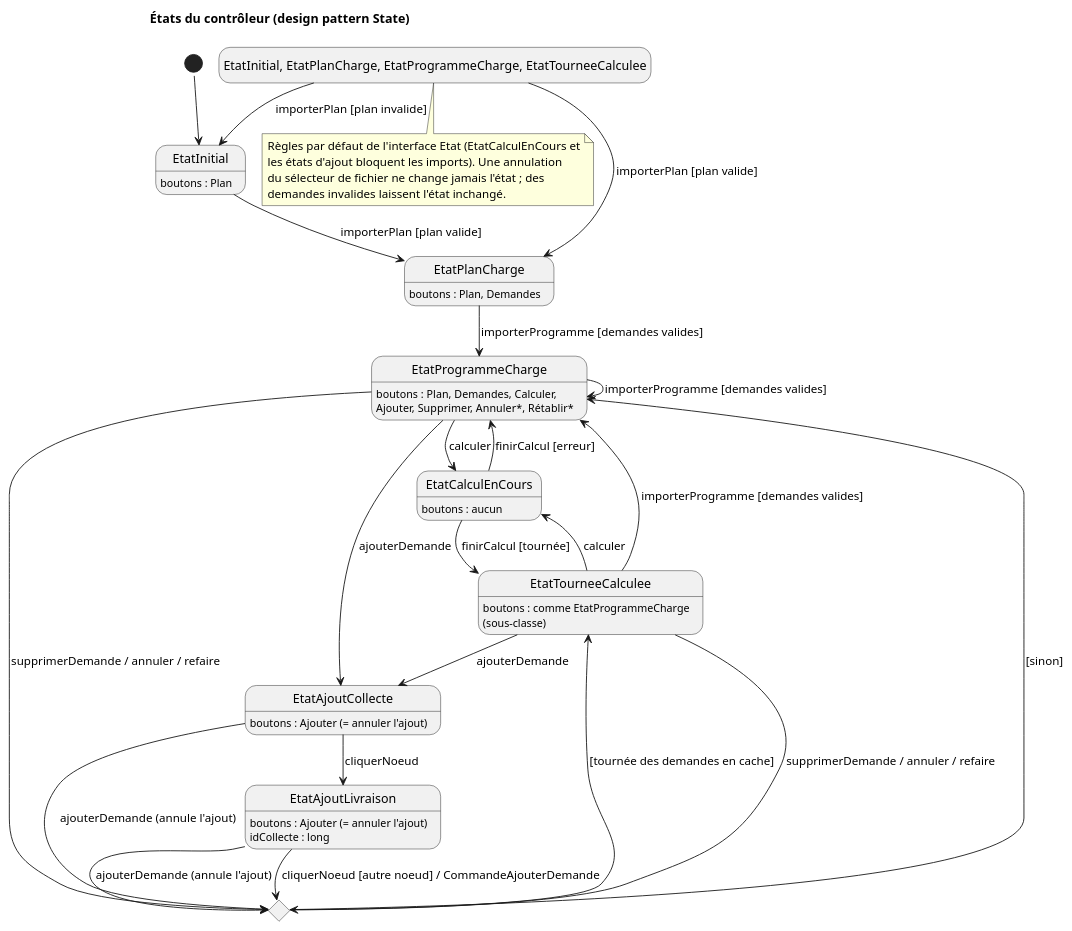
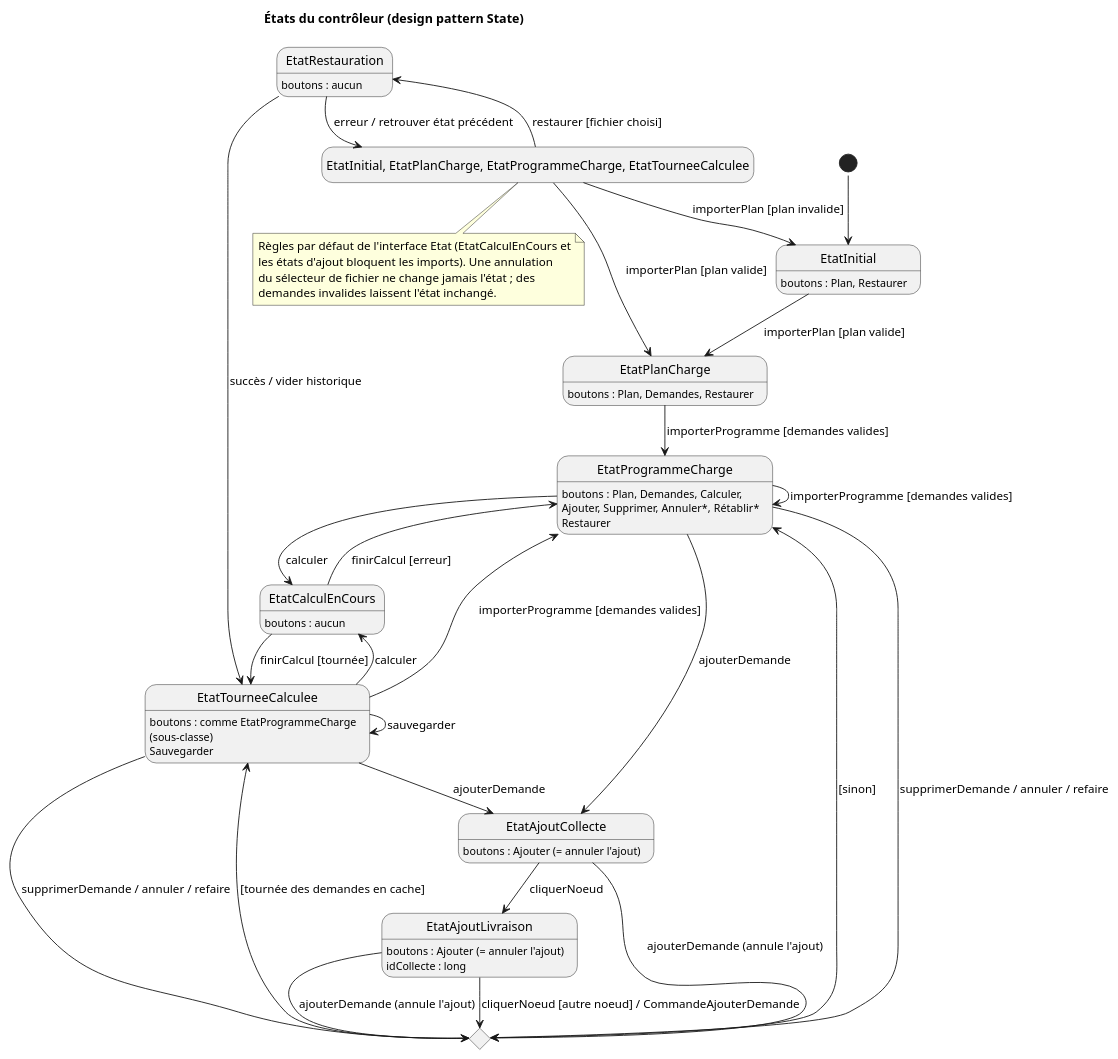
The diagram in docs/diagrams/etats-controleur.puml (tristanhp/Optimod-Lyon), drawn with PlantUML before and after one commit. The commit also changed 19 other files, not shown here.

Commit message:
ajout de sauvegarder tournée/ restaurer tournée fonctionnel

```diff
--- a/docs/diagrams/etats-controleur.puml
+++ b/docs/diagrams/etats-controleur.puml
@@ -1,49 +1,56 @@
 @startuml etats-controleur
 !pragma layout smetana
 title États du contrôleur (design pattern State)
 hide empty description
 [*] --> EtatInitial
-EtatInitial : boutons : Plan
-EtatPlanCharge : boutons : Plan, Demandes
+EtatInitial : boutons : Plan, Restaurer
+EtatPlanCharge : boutons : Plan, Demandes, Restaurer
 EtatProgrammeCharge : boutons : Plan, Demandes, Calculer,
 EtatProgrammeCharge : Ajouter, Supprimer, Annuler*, Rétablir*
+EtatProgrammeCharge : Restaurer
 EtatCalculEnCours : boutons : aucun
 EtatTourneeCalculee : boutons : comme EtatProgrammeCharge
 EtatTourneeCalculee : (sous-classe)
+EtatTourneeCalculee : Sauvegarder
+EtatRestauration : boutons : aucun
 EtatAjoutCollecte : boutons : Ajouter (= annuler l'ajout)
 EtatAjoutLivraison : boutons : Ajouter (= annuler l'ajout)
 EtatAjoutLivraison : idCollecte : long
 
 EtatInitial --> EtatPlanCharge : importerPlan [plan valide]
 EtatPlanCharge --> EtatProgrammeCharge : importerProgramme [demandes valides]
 EtatProgrammeCharge --> EtatCalculEnCours : calculer
 EtatCalculEnCours --> EtatTourneeCalculee : finirCalcul [tournée]
 EtatCalculEnCours --> EtatProgrammeCharge : finirCalcul [erreur]
 EtatTourneeCalculee --> EtatCalculEnCours : calculer
 EtatProgrammeCharge --> EtatProgrammeCharge : importerProgramme [demandes valides]
 EtatTourneeCalculee --> EtatProgrammeCharge : importerProgramme [demandes valides]
 
 state "Choix de l'état selon le cache" as cache <<choice>>
 EtatProgrammeCharge --> cache : supprimerDemande / annuler / refaire
 EtatTourneeCalculee --> cache : supprimerDemande / annuler / refaire
 cache --> EtatTourneeCalculee : [tournée des demandes en cache]
 cache --> EtatProgrammeCharge : [sinon]
 
 EtatProgrammeCharge --> EtatAjoutCollecte : ajouterDemande
 EtatTourneeCalculee --> EtatAjoutCollecte : ajouterDemande
 EtatAjoutCollecte --> EtatAjoutLivraison : cliquerNoeud
 EtatAjoutLivraison --> cache : cliquerNoeud [autre noeud] / CommandeAjouterDemande
 EtatAjoutCollecte --> cache : ajouterDemande (annule l'ajout)
 EtatAjoutLivraison --> cache : ajouterDemande (annule l'ajout)
 
 state "EtatInitial, EtatPlanCharge, EtatProgrammeCharge, EtatTourneeCalculee" as tous
 tous --> EtatPlanCharge : importerPlan [plan valide]
 tous --> EtatInitial : importerPlan [plan invalide]
+tous --> EtatRestauration : restaurer [fichier choisi]
+EtatRestauration --> EtatTourneeCalculee : succès / vider historique
+EtatRestauration --> tous : erreur / retrouver état précédent
+EtatTourneeCalculee --> EtatTourneeCalculee : sauvegarder
 
 note bottom of tous
 Règles par défaut de l'interface Etat (EtatCalculEnCours et
 les états d'ajout bloquent les imports). Une annulation
 du sélecteur de fichier ne change jamais l'état ; des
 demandes invalides laissent l'état inchangé.
 end note
 @enduml
```
